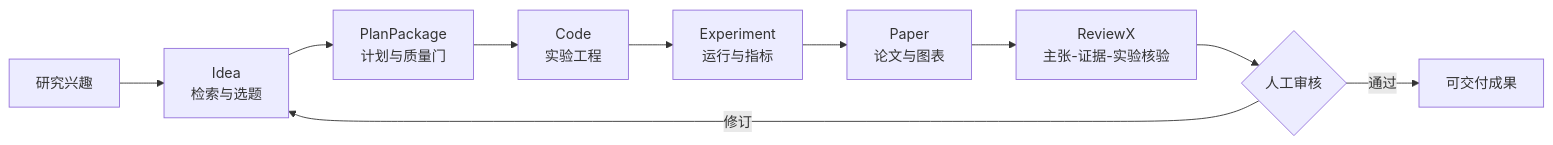
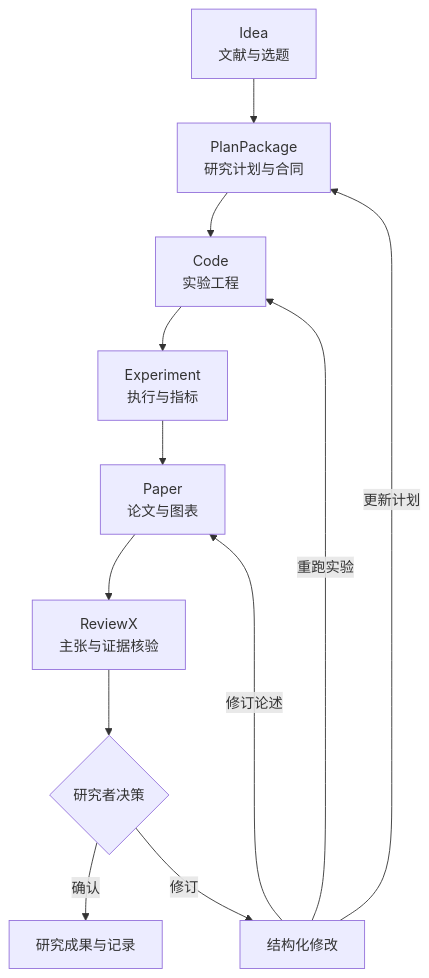
Before and after one commit to OpenNSWM-Lab/FAROS: the first of 3 diagrams in README.md, drawn with Mermaid. The commit also changed other lines of this file, not shown here.

````diff
--- a/README.md
+++ b/README.md
@@ -62,12 +63,14 @@
 ```mermaid
-flowchart LR
-    A[研究兴趣] --> B[Idea<br/>检索与选题]
-    B --> C[PlanPackage<br/>计划与质量门]
-    C --> D[Code<br/>实验工程]
-    D --> E[Experiment<br/>运行与指标]
-    E --> F[Paper<br/>论文与图表]
-    F --> G[ReviewX<br/>主张-证据-实验核验]
-    G --> H{人工审核}
-    H -->|通过| I[可交付成果]
-    H -->|修订| B
+flowchart TB
+    A[Idea<br/>文献与选题] --> B[PlanPackage<br/>研究计划与合同]
+    B --> C[Code<br/>实验工程]
+    C --> D[Experiment<br/>执行与指标]
+    D --> E[Paper<br/>论文与图表]
+    E --> F[ReviewX<br/>主张与证据核验]
+    F --> H{研究者决策}
+    H -->|确认| I[研究成果与记录]
+    H -->|修订| J[结构化修改]
+    J -->|更新计划| B
+    J -->|重跑实验| C
+    J -->|修订论述| E
 ```
````
